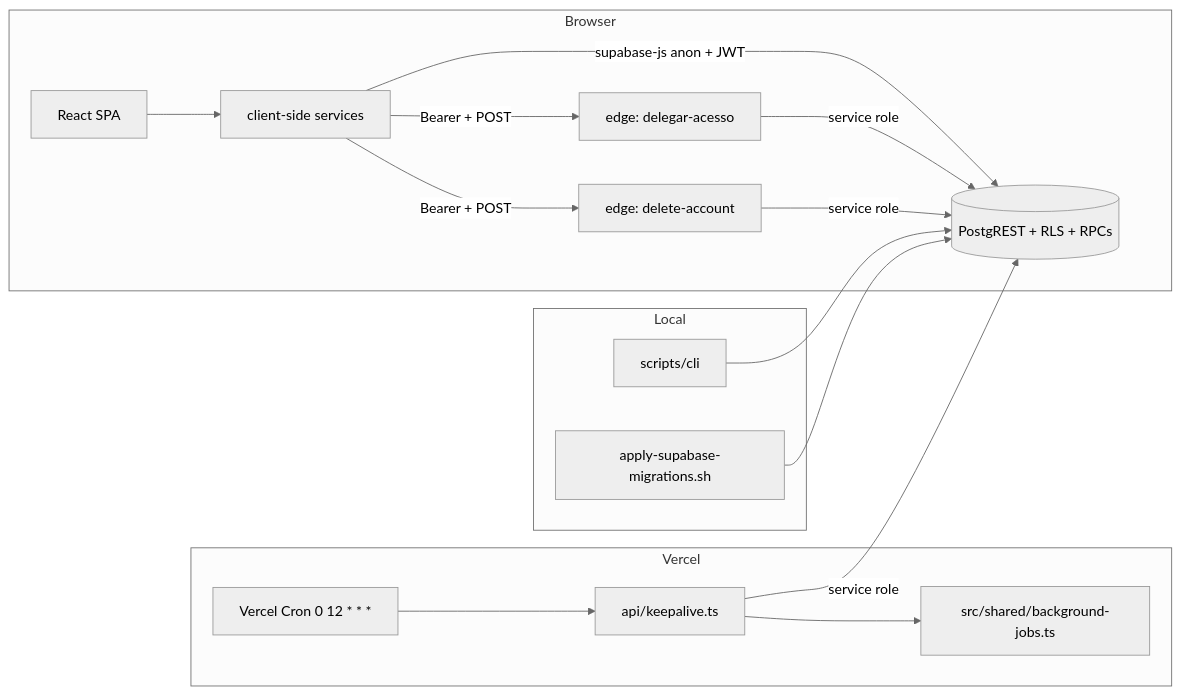
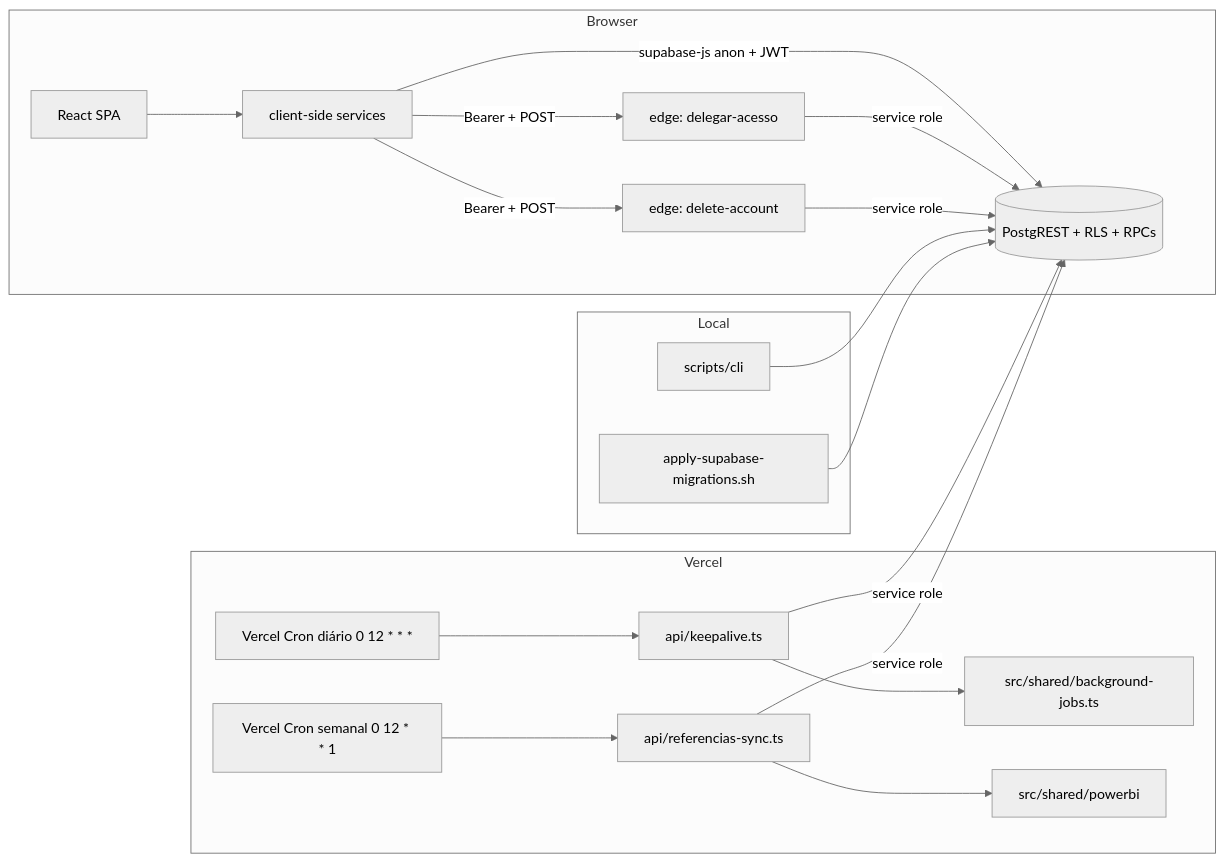
The diagram in .ai/specs/current/backend/overview.md (lucasmm96/meufenil), drawn with Mermaid (neutral theme) before and after one commit. The commit also changed other lines of this file and 3 other files, not shown here.

First line of the commit message:
docs(feat-0017): M2 — cron semanal + specs backend (rota referencias-sync, envs, overview)

````diff
--- a/.ai/specs/current/backend/overview.md
+++ b/.ai/specs/current/backend/overview.md
@@ -29,20 +31,23 @@
 ```mermaid
 flowchart LR
     subgraph Browser
         UI[React SPA] --> SVC[client-side services]
         SVC -->|supabase-js anon + JWT| PG[(PostgREST + RLS + RPCs)]
         SVC -->|Bearer + POST| ED1[edge: delegar-acesso]
         SVC -->|Bearer + POST| ED2[edge: delete-account]
     end
     subgraph Vercel
-        CRON[Vercel Cron 0 12 * * *] --> KEEP[api/keepalive.ts]
+        CRON[Vercel Cron diário 0 12 * * *] --> KEEP[api/keepalive.ts]
         KEEP --> BGJ[src/shared/background-jobs.ts]
+        CRONW[Vercel Cron semanal 0 12 * * 1] --> SYNC[api/referencias-sync.ts]
+        SYNC --> PBI[src/shared/powerbi]
     end
     KEEP -->|service role| PG
+    SYNC -->|service role| PG
     ED1 -->|service role| PG
     ED2 -->|service role| PG
     subgraph Local
         CLI[scripts/cli] --> PG
         MIG[apply-supabase-migrations.sh] --> PG
     end
 ```
````
